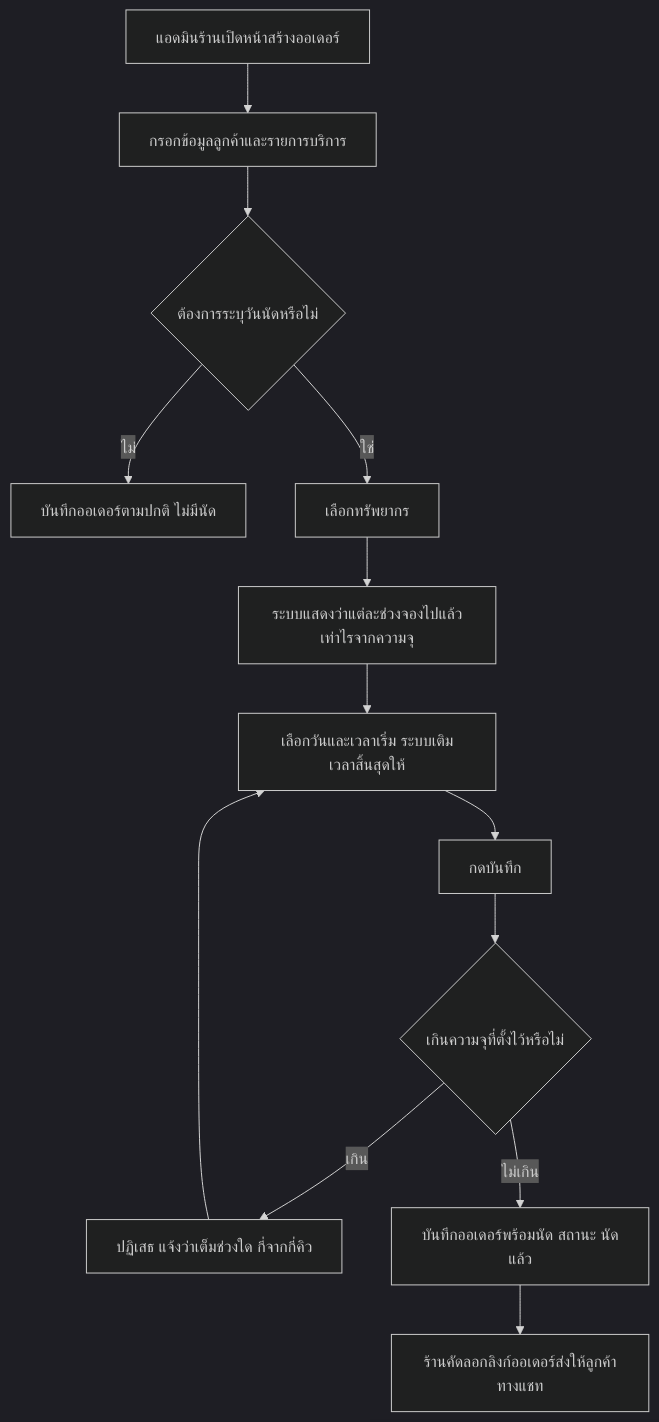
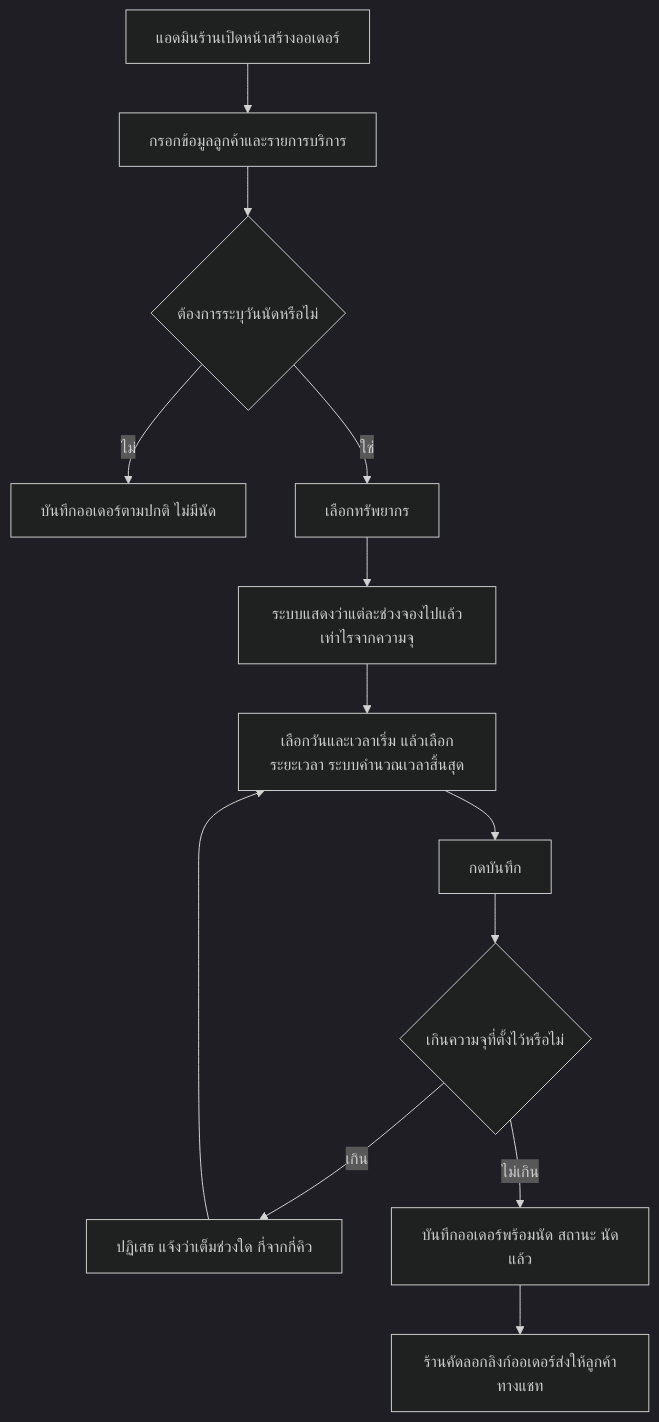
The first of 4 diagrams in docs/20 - Features/00024 - Service Appointment Booking/BRD.md (CodeCooLTH/deep-web), drawn with Mermaid (dark theme) before and after one commit. The commit also changed other lines of this file and 6 other files, not shown here.

````diff
--- a/docs/20 - Features/00024 - Service Appointment Booking/BRD.md
+++ b/docs/20 - Features/00024 - Service Appointment Booking/BRD.md
@@ -414,15 +414,15 @@
 ```mermaid
 flowchart TD
     A[แอดมินร้านเปิดหน้าสร้างออเดอร์] --> B[กรอกข้อมูลลูกค้าและรายการบริการ]
     B --> C{ต้องการระบุวันนัดหรือไม่}
     C -- ไม่ --> D[บันทึกออเดอร์ตามปกติ ไม่มีนัด]
     C -- ใช่ --> E[เลือกทรัพยากร]
     E --> F[ระบบแสดงว่าแต่ละช่วงจองไปแล้วเท่าไรจากความจุ]
-    F --> G[เลือกวันและเวลาเริ่ม ระบบเติมเวลาสิ้นสุดให้]
+    F --> G[เลือกวันและเวลาเริ่ม แล้วเลือกระยะเวลา ระบบคำนวณเวลาสิ้นสุด]
     G --> H[กดบันทึก]
     H --> I{เกินความจุที่ตั้งไว้หรือไม่}
     I -- เกิน --> J[ปฏิเสธ แจ้งว่าเต็มช่วงใด กี่จากกี่คิว]
     J --> G
     I -- ไม่เกิน --> K[บันทึกออเดอร์พร้อมนัด สถานะ นัดแล้ว]
     K --> L[ร้านคัดลอกลิงก์ออเดอร์ส่งให้ลูกค้าทางแชท]
 ```
````
